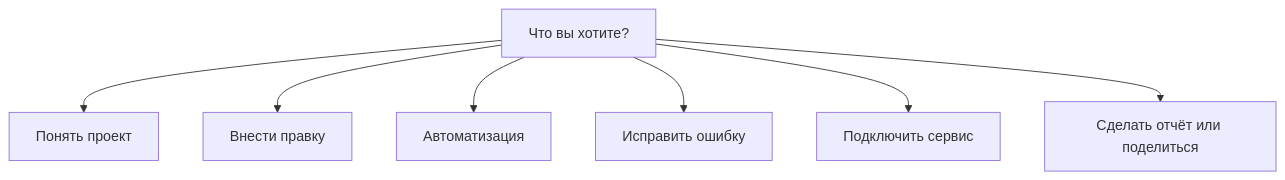
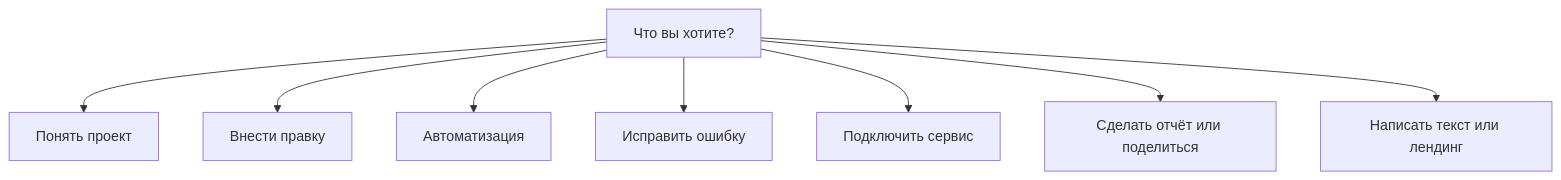
One commit to SaiferSMART/my-cursor-jr changed the diagram in wizards/wizard-router.md. Above: the diagram before and after it, drawn with Mermaid. The commit also changed other lines of this file and 8 other files, not shown here.

````diff
--- a/wizards/wizard-router.md
+++ b/wizards/wizard-router.md
@@ -5,17 +5,19 @@
 ```mermaid
 flowchart TD
     start[Что вы хотите?]
     understand[Понять проект]
     change[Внести правку]
     automate[Автоматизация]
     error[Исправить ошибку]
     mcp[Подключить сервис]
     canvas[Сделать отчёт или поделиться]
+    content[Написать текст или лендинг]
 
     start --> understand
     start --> change
     start --> automate
     start --> error
     start --> mcp
     start --> canvas
+    start --> content
 ```
````
